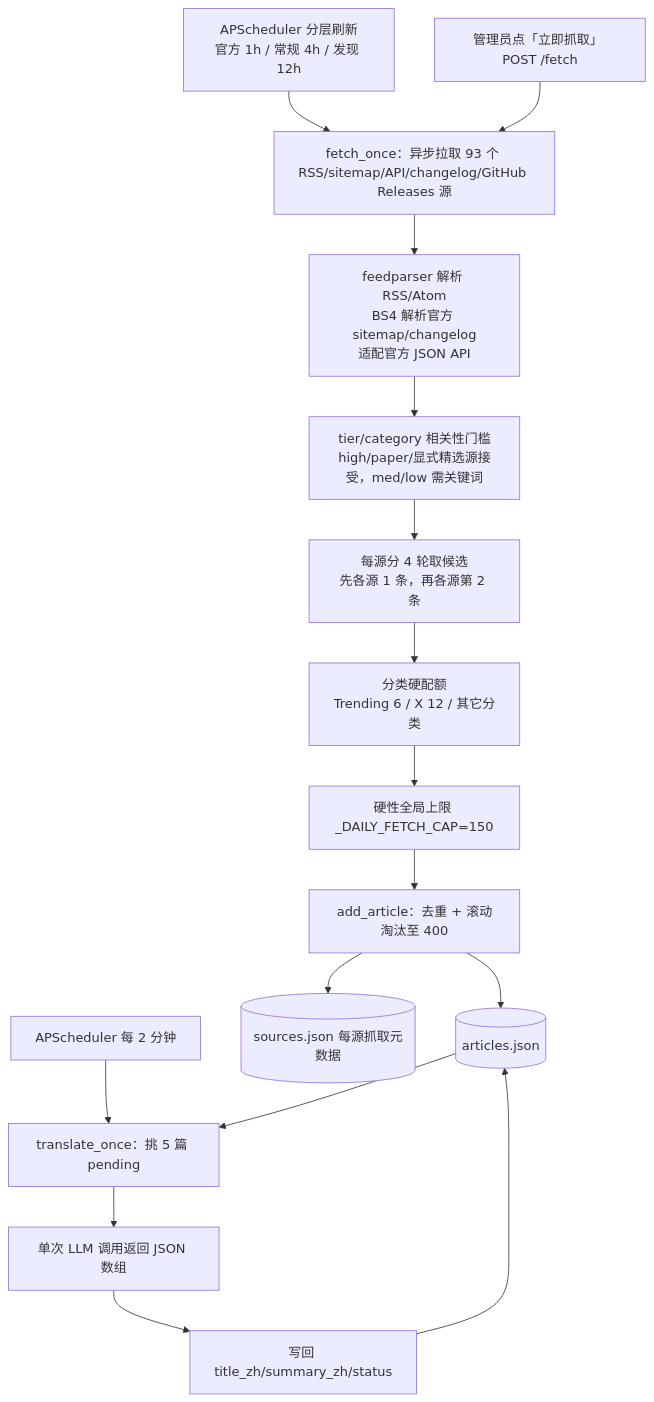
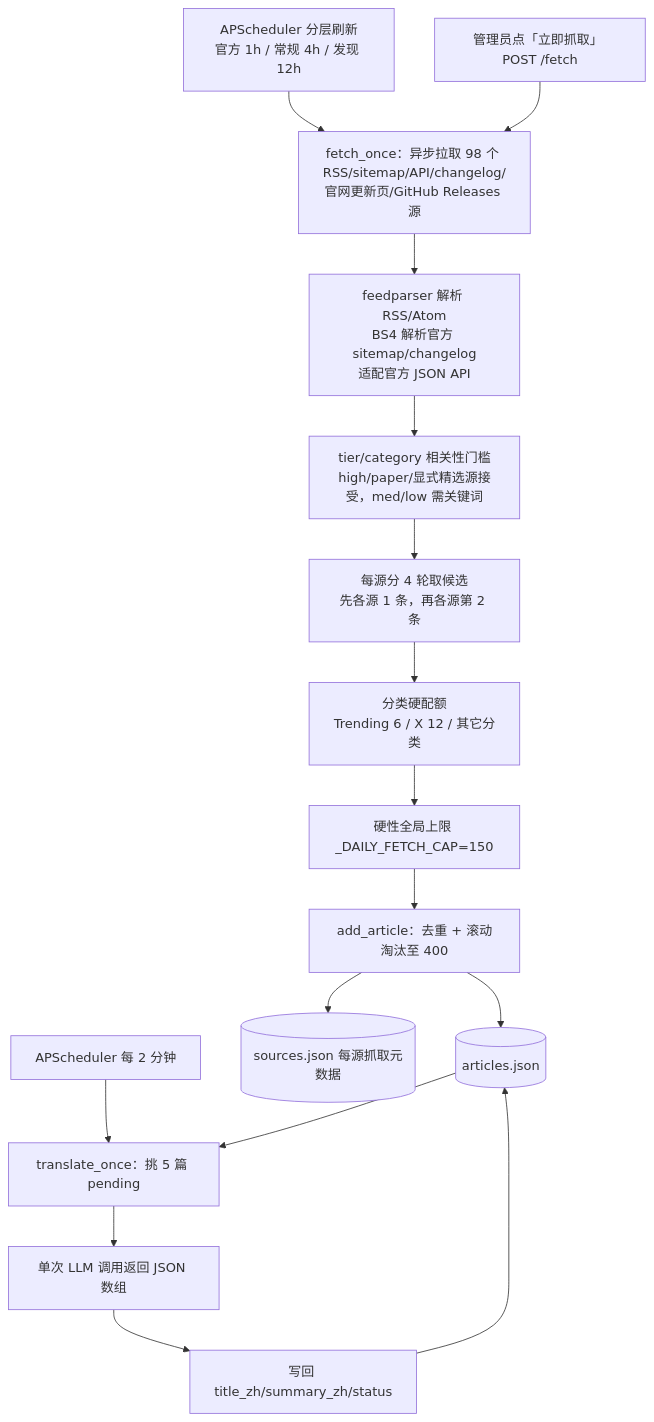
One commit to nikefd/ai-frontier-agent changed the diagram in llmdoc/architecture/rss-pipeline-architecture.md. Above: the diagram before and after it, drawn with Mermaid. The commit also changed other lines of this file and 11 other files, not shown here.

````diff
--- a/llmdoc/architecture/rss-pipeline-architecture.md
+++ b/llmdoc/architecture/rss-pipeline-architecture.md
@@ -10,20 +10,20 @@
 ```mermaid
 flowchart TD
   cron[APScheduler 分层刷新<br/>官方 1h / 常规 4h / 发现 12h] --> fetch
   manual[管理员点「立即抓取」 POST /fetch] --> fetch
-  fetch[fetch_once：异步拉取 93 个 RSS/sitemap/API/changelog/GitHub Releases 源]
+  fetch[fetch_once：异步拉取 98 个 RSS/sitemap/API/changelog/官网更新页/GitHub Releases 源]
   fetch --> parse[feedparser 解析 RSS/Atom<br/>BS4 解析官方 sitemap/changelog<br/>适配官方 JSON API]
   parse --> gate[tier/category 相关性门槛<br/>high/paper/显式精选源接受，med/low 需关键词]
   gate --> rounds[每源分 4 轮取候选<br/>先各源 1 条，再各源第 2 条]
   rounds --> category[分类硬配额<br/>Trending 6 / X 12 / 其它分类]
   category --> global[硬性全局上限 _DAILY_FETCH_CAP=150]
   global --> store[add_article：去重 + 滚动淘汰至 400]
   store --> articles[(articles.json)]
   store --> meta[(sources.json 每源抓取元数据)]
 
   tick[APScheduler 每 2 分钟] --> trans[translate_once：挑 5 篇 pending]
   articles --> trans
   trans --> llm[单次 LLM 调用返回 JSON 数组]
   llm --> writeback[写回 title_zh/summary_zh/status]
   writeback --> articles
 ```
````
